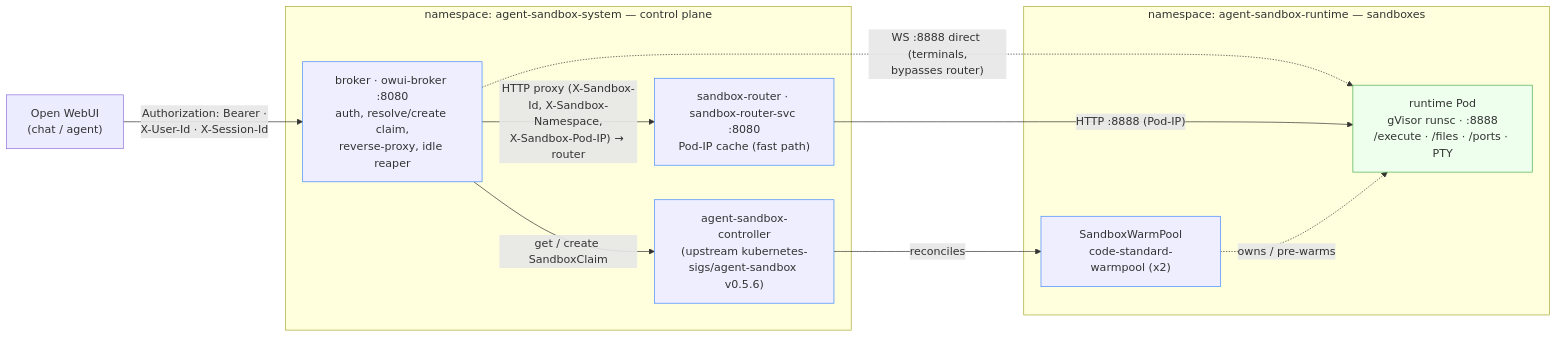
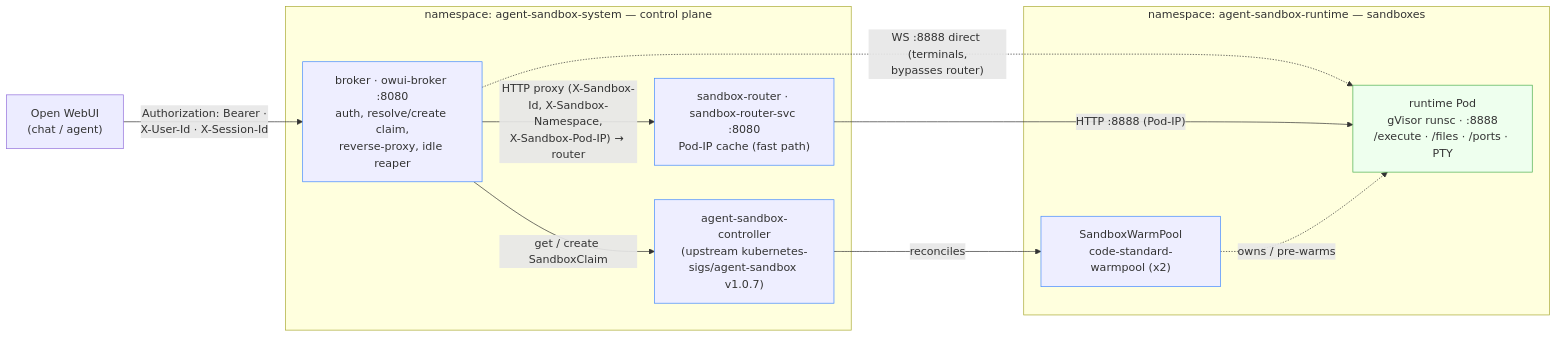
Before and after one commit to volkermauel/open-websandbox: the first of 3 diagrams in docs/architecture.md, drawn with Mermaid. The commit also changed other lines of this file and 21 other files, not shown here.

First line of the commit message:
feat(upstream): vendored agent-sandbox v0.5.6 -> v1.0.7

````diff
--- a/docs/architecture.md
+++ b/docs/architecture.md
@@ -28,24 +28,24 @@
 ```mermaid
 flowchart LR
     WebUI["Open WebUI<br/>(chat / agent)"]
     subgraph SYS["namespace: agent-sandbox-system  —  control plane"]
         Broker["broker · owui-broker :8080<br/>auth, resolve/create claim,<br/>reverse-proxy, idle reaper"]
         Router["sandbox-router · sandbox-router-svc :8080<br/>Pod-IP cache (fast path)"]
-        Ctrl["agent-sandbox-controller<br/>(upstream kubernetes-sigs/agent-sandbox v0.5.6)"]
+        Ctrl["agent-sandbox-controller<br/>(upstream kubernetes-sigs/agent-sandbox v1.0.7)"]
     end
     subgraph RT["namespace: agent-sandbox-runtime  —  sandboxes"]
         Warm["SandboxWarmPool<br/>code-standard-warmpool (x2)"]
         Pod["runtime Pod<br/>gVisor runsc · :8888<br/>/execute · /files · /ports · PTY"]
     end
     WebUI -->|"Authorization: Bearer ·<br/>X-User-Id · X-Session-Id"| Broker
     Broker -->|"HTTP proxy (X-Sandbox-Id, X-Sandbox-Namespace,<br/>X-Sandbox-Pod-IP) → router"| Router
     Broker -.->|"WS :8888 direct (terminals,<br/>bypasses router)"| Pod
     Router -->|"HTTP :8888 (Pod-IP)"| Pod
     Broker -->|"get / create SandboxClaim"| Ctrl
     Ctrl -->|"reconciles"| Warm
     Warm -.->|"owns / pre-warms"| Pod
     classDef sys fill:#eef,stroke:#448aff;
     classDef rt fill:#efe,stroke:#4caf50;
     class Broker,Router,Ctrl,Warm sys;
     class Pod rt;
 ```
````
